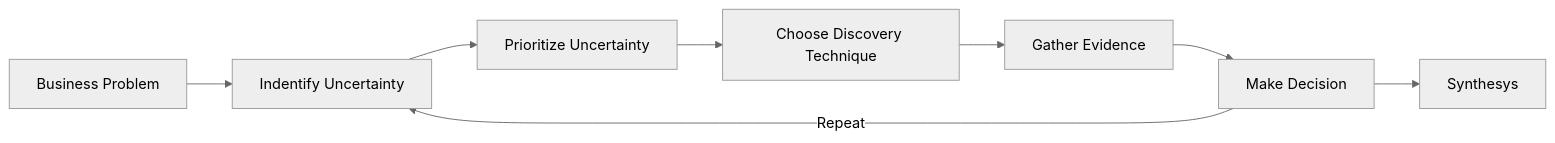
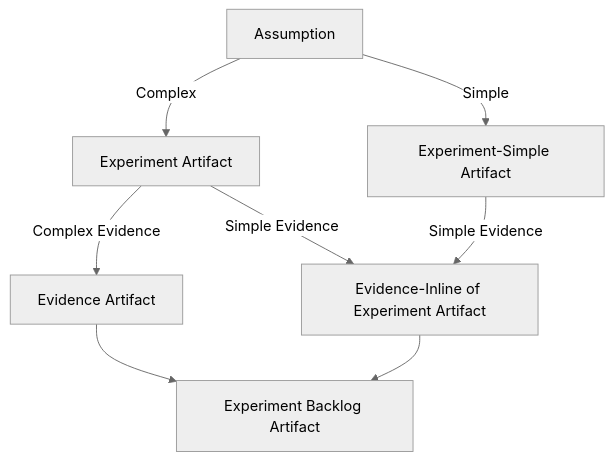
One commit to DevOn90/test-doc-flow changed the second of 3 diagrams in docs/project-governance/product-discovery/product-discovery-guide-simple.md. Above: the diagram before and after it, drawn with Mermaid (neutral theme). The commit also changed other lines of this file and 1 other file, not shown here.

Commit message:
documentation: Create comprehensive Discovery Technique Guide and update Product Discovery Guide for clarity and structure

````diff
--- a/docs/project-governance/product-discovery/product-discovery-guide-simple.md
+++ b/docs/project-governance/product-discovery/product-discovery-guide-simple.md
@@ -7,10 +174,11 @@
 ```mermaid
-flowchart LR
-    A[Business Problem] --> B[Indentify Uncertainty]
-    B --> C[Prioritize Uncertainty]
-    C --> D[Choose Discovery Technique]
-    D --> E[Gather Evidence]
-    E --> F[Make Decision]
-    F --Repeat--> B
-    F --> G[Synthesys]
+flowchart TB
+    A[Assumption] --Complex --> B
+    B[Experiment Artifact]
+    A --Simple--> C[Experiment-Simple Artifact]
+    B --Complex Evidence --> D[Evidence Artifact]
+    B --Simple Evidence --> E[Evidence-Inline of Experiment Artifact]
+    C --Simple Evidence --> E
+    D --> F[Experiment Backlog Artifact]
+    E --> F
 ```
````
